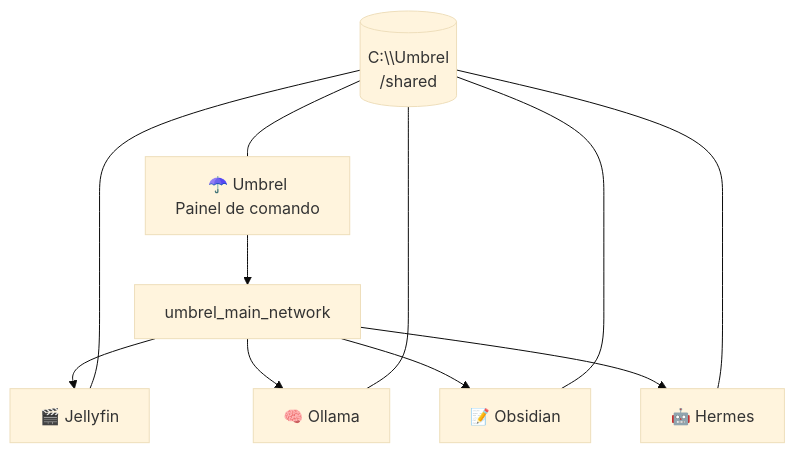
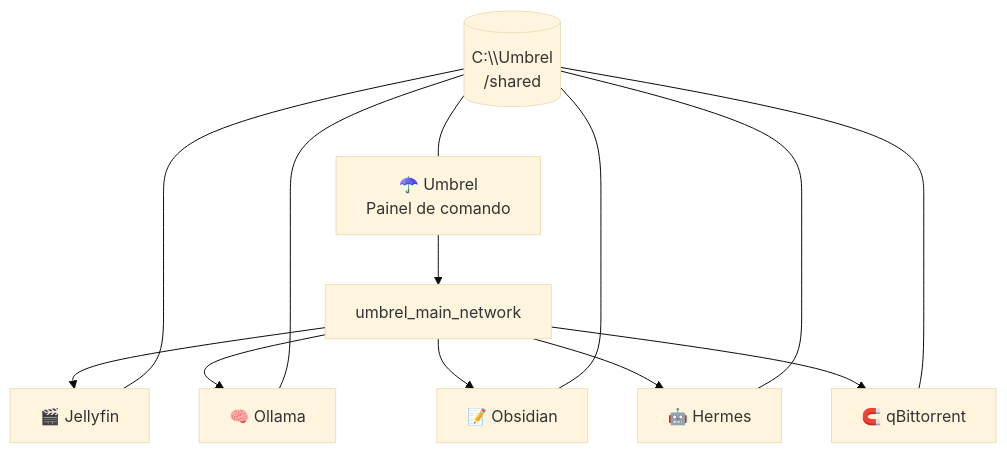
One commit to Mordisquinha/umbrel-dockyard changed the diagram in README.md. Above: the diagram before and after it, drawn with Mermaid (base theme). The commit also changed other lines of this file and 1 other file, not shown here.

Commit message:
Add qBittorrent 5.2.3 media routing

````diff
--- a/README.md
+++ b/README.md
@@ -20,13 +21,15 @@
 ```mermaid
 flowchart TD
   U["☂️ Umbrel\nPainel de comando"] --> N["umbrel_main_network"]
   N --> J["🎬 Jellyfin"]
   N --> O["🧠 Ollama"]
   N --> B["📝 Obsidian"]
   N --> H["🤖 Hermes"]
+  N --> Q["🧲 qBittorrent"]
   S[("C:\\Umbrel\n/shared")] --- U
   S --- J
   S --- O
   S --- B
   S --- H
+  S --- Q
 ```
````
